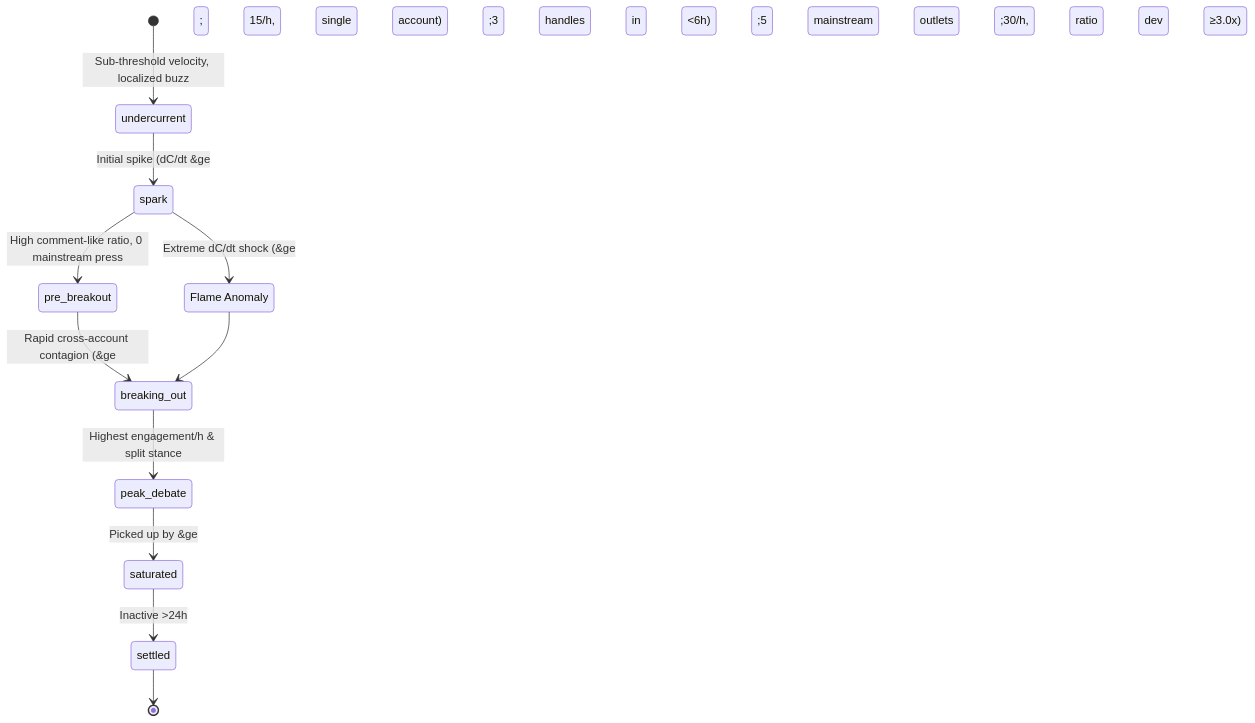
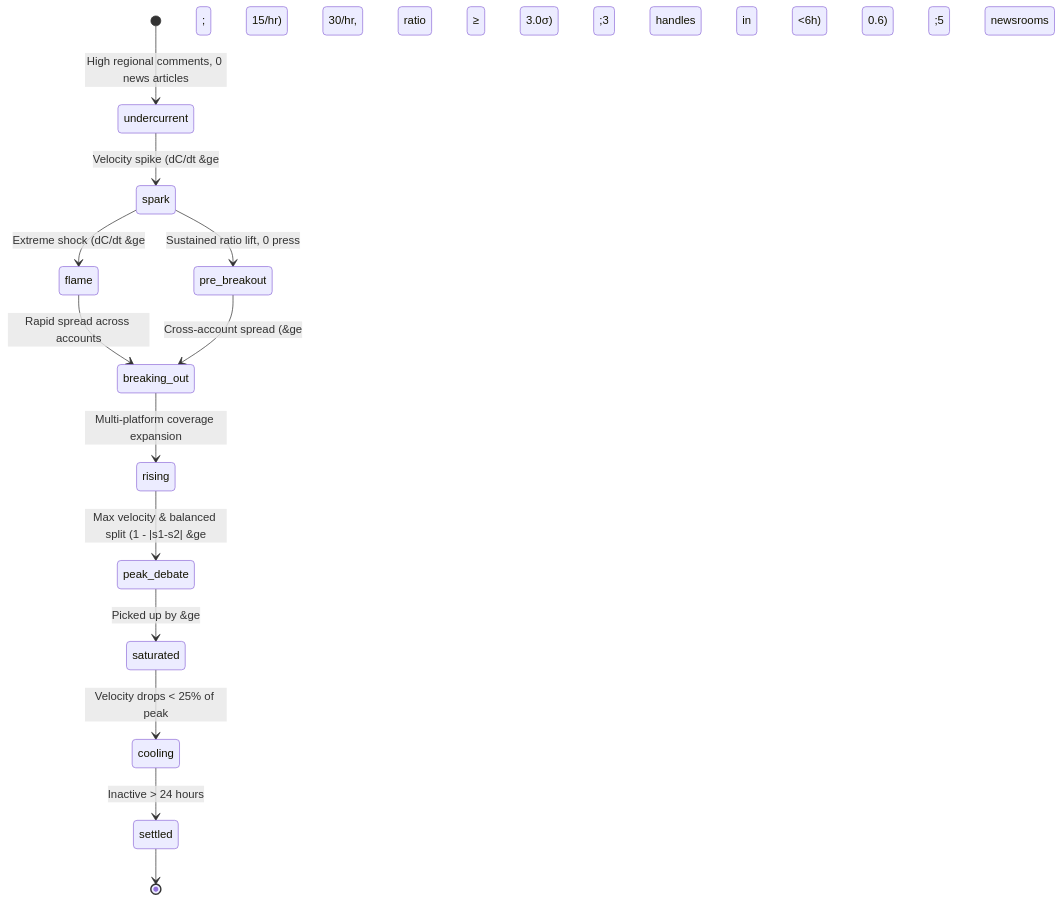
Diagram 12 of 18 in docs/ARCHITECTURE.md (shankha06/identify-what-matters), drawn with Mermaid before and after one commit. The commit also changed other lines of this file and 21 other files, not shown here.

````diff
--- a/docs/ARCHITECTURE.md
+++ b/docs/ARCHITECTURE.md
@@ -369,15 +549,15 @@
 ```mermaid
 stateDiagram-v2
-    [*] --> undercurrent: Sub-threshold velocity, localized buzz
-    undercurrent --> spark: Initial spike (dC/dt &ge; 15/h, single account)
-    spark --> pre_breakout: High comment-like ratio, 0 mainstream press
-    pre_breakout --> breaking_out: Rapid cross-account contagion (&ge;3 handles in <6h)
-    breaking_out --> peak_debate: Highest engagement/h & split stance
-    peak_debate --> saturated: Picked up by &ge;5 mainstream outlets
-    saturated --> settled: Inactive >24h
+    [*] --> undercurrent: High regional comments, 0 news articles
+    undercurrent --> spark: Velocity spike (dC/dt &ge; 15/hr)
+    spark --> pre_breakout: Sustained ratio lift, 0 press
+    spark --> flame: Extreme shock (dC/dt &ge; 30/hr, ratio &ge; 3.0&sigma;)
+    flame --> breaking_out: Rapid spread across accounts
+    pre_breakout --> breaking_out: Cross-account spread (&ge;3 handles in <6h)
+    breaking_out --> rising: Multi-platform coverage expansion
+    rising --> peak_debate: Max velocity & balanced split (1 - |s1-s2| &ge; 0.6)
+    peak_debate --> saturated: Picked up by &ge;5 newsrooms
+    saturated --> cooling: Velocity drops < 25% of peak
+    cooling --> settled: Inactive > 24 hours
     settled --> [*]
-    
-    state "Flame Anomaly" as flame
-    spark --> flame: Extreme dC/dt shock (&ge;30/h, ratio dev &ge;3.0x)
-    flame --> breaking_out
 ```
````
